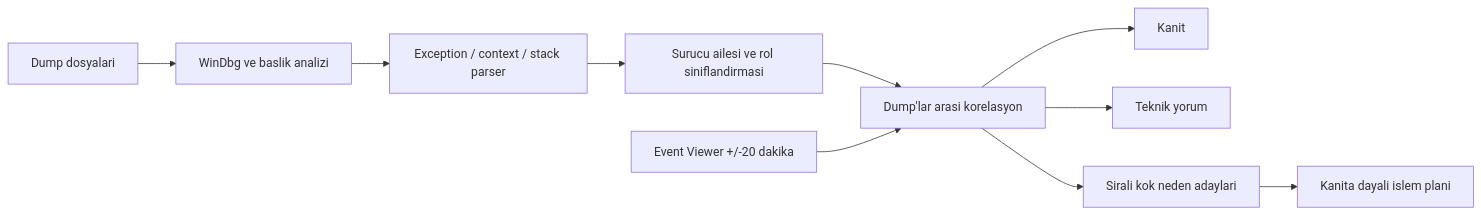
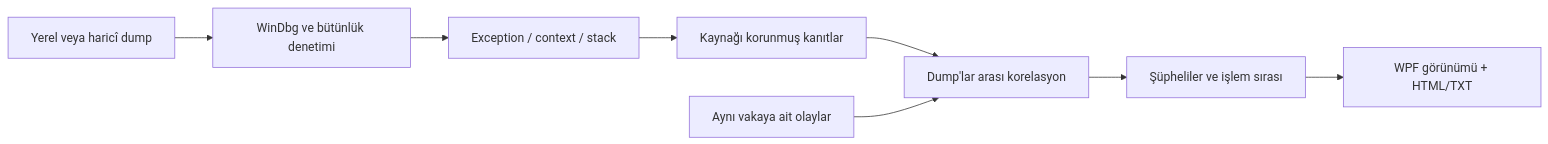
One commit to Bogazitchy/Itchy-Windows-Troubleshooter changed the diagram in README.md. Above: the diagram before and after it, drawn with Mermaid. The commit also changed other lines of this file and 31 other files, not shown here.

````diff
--- a/README.md
+++ b/README.md
@@ -54,12 +51,10 @@
 ```mermaid
 flowchart LR
-    A["Dump dosyalari"] --> B["WinDbg ve baslik analizi"]
-    B --> C["Exception / context / stack parser"]
-    C --> D["Surucu ailesi ve rol siniflandirmasi"]
-    D --> E["Dump'lar arasi korelasyon"]
-    F["Event Viewer +/-20 dakika"] --> E
-    E --> G["Kanit"]
-    E --> H["Teknik yorum"]
-    E --> I["Sirali kok neden adaylari"]
-    I --> J["Kanita dayali islem plani"]
+    A["Yerel veya haricî dump"] --> B["WinDbg ve bütünlük denetimi"]
+    B --> C["Exception / context / stack"]
+    C --> D["Kaynağı korunmuş kanıtlar"]
+    D --> E["Dump'lar arası korelasyon"]
+    F["Aynı vakaya ait olaylar"] --> E
+    E --> G["Şüpheliler ve işlem sırası"]
+    G --> H["WPF görünümü + HTML/TXT"]
 ```
````
